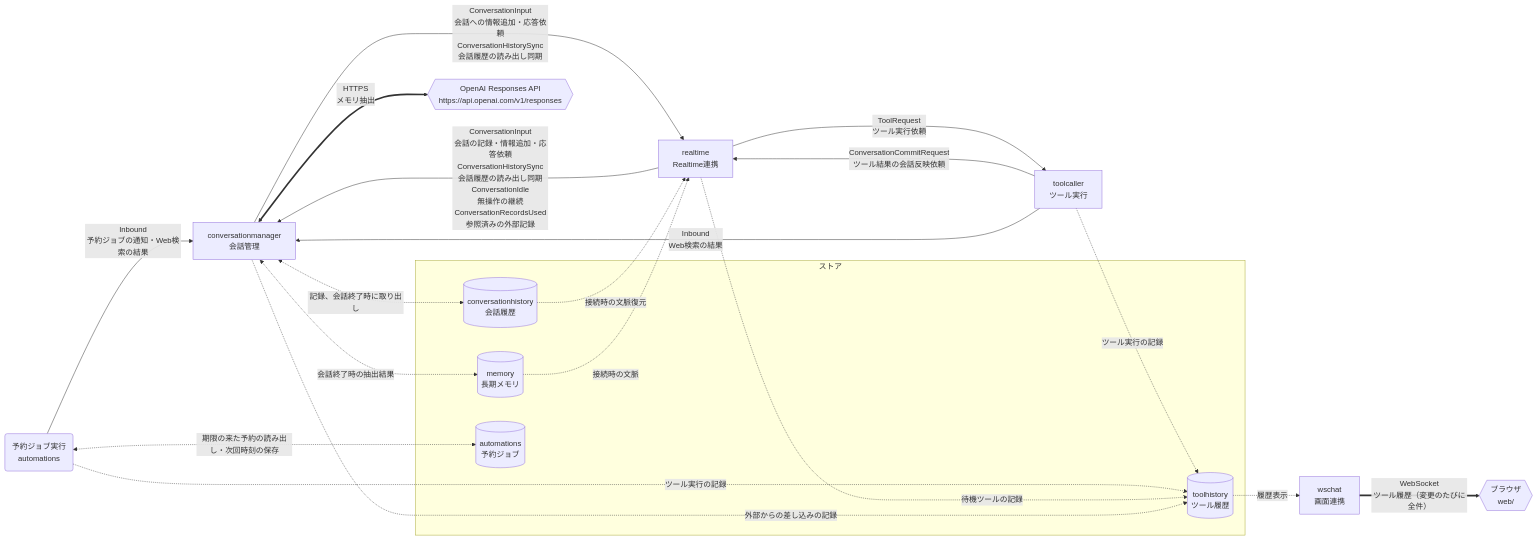
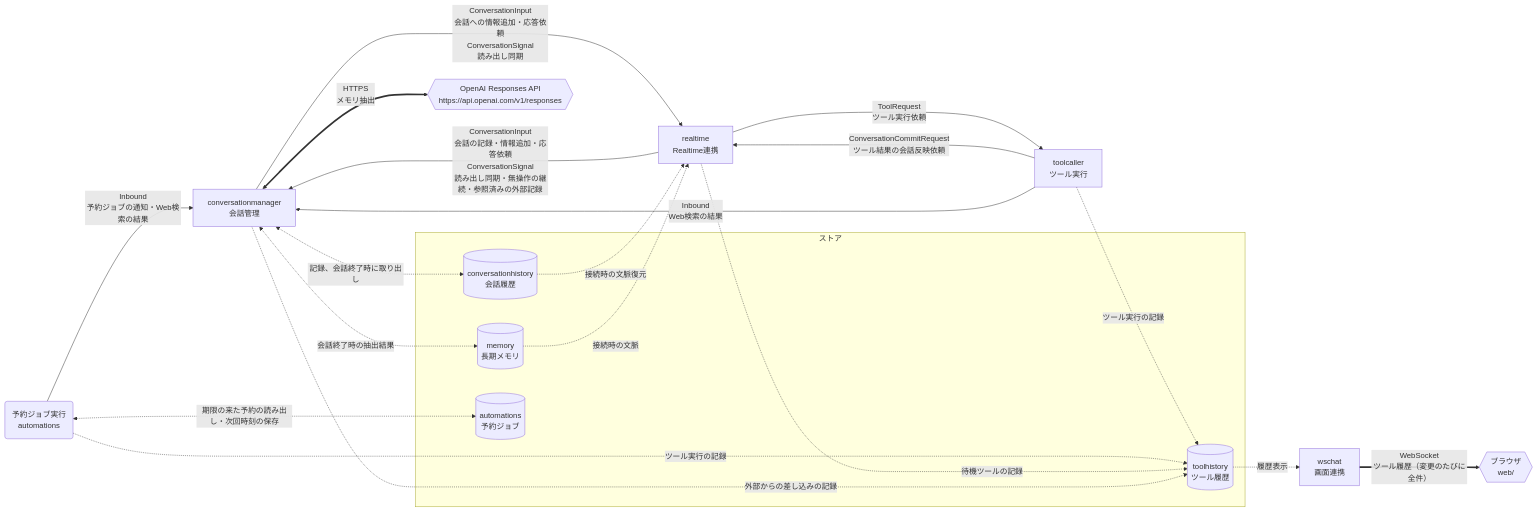
Before and after one commit to tetetratra/smart-speaker: the second of 3 diagrams in README.md, drawn with Mermaid. The commit also changed 8 other files, not shown here.

First line of the commit message:
会話の進行の合図を1種類のイベントにまとめ、種類をペイロードの型で分ける

````diff
--- a/README.md
+++ b/README.md
@@ -121,36 +121,36 @@
 ```mermaid
 flowchart LR
     manager["conversationmanager<br/>会話管理"]
     openaiResponses{{"OpenAI Responses API<br/>https://api.openai.com/v1/responses"}}
     rt["realtime<br/>Realtime連携"]
     tool["toolcaller<br/>ツール実行"]
     scheduler("予約ジョブ実行<br/>automations")
     chat["wschat<br/>画面連携"]
     browser{{"ブラウザ<br/>web/"}}
 
     subgraph g0["ストア"]
         historyStore[("conversationhistory<br/>会話履歴")]
         memoryStore[("memory<br/>長期メモリ")]
         toolHistoryStore[("toolhistory<br/>ツール履歴")]
         automationStore[("automations<br/>予約ジョブ")]
     end
 
     manager <==>|"HTTPS<br/>メモリ抽出"| openaiResponses
-    rt -->|"ConversationInput<br/>会話の記録・情報追加・応答依頼<br/>ConversationHistorySync<br/>会話履歴の読み出し同期<br/>ConversationIdle<br/>無操作の継続<br/>ConversationRecordsUsed<br/>参照済みの外部記録"| manager
-    manager --->|"ConversationInput<br/>会話への情報追加・応答依頼<br/>ConversationHistorySync<br/>会話履歴の読み出し同期"| rt
+    rt -->|"ConversationInput<br/>会話の記録・情報追加・応答依頼<br/>ConversationSignal<br/>読み出し同期・無操作の継続・参照済みの外部記録"| manager
+    manager --->|"ConversationInput<br/>会話への情報追加・応答依頼<br/>ConversationSignal<br/>読み出し同期"| rt
     rt -->|"ToolRequest<br/>ツール実行依頼"| tool
     tool --->|"ConversationCommitRequest<br/>ツール結果の会話反映依頼"| rt
     scheduler -->|"Inbound<br/>予約ジョブの通知・Web検索の結果"| manager
     tool -->|"Inbound<br/>Web検索の結果"| manager
     manager <-.->|"記録、会話終了時に取り出し"| historyStore
     historyStore -.->|"接続時の文脈復元"| rt
     memoryStore -.->|"接続時の文脈"| rt
     manager <-.->|"会話終了時の抽出結果"| memoryStore
     tool -.->|"ツール実行の記録"| toolHistoryStore
     scheduler -.->|"ツール実行の記録"| toolHistoryStore
     rt -.->|"待機ツールの記録"| toolHistoryStore
     manager -.->|"外部からの差し込みの記録"| toolHistoryStore
     toolHistoryStore -.->|"履歴表示"| chat
     chat ==>|"WebSocket<br/>ツール履歴（変更のたびに全件）"| browser
     scheduler <-.->|"期限の来た予約の読み出し・次回時刻の保存"| automationStore
 ```
````
